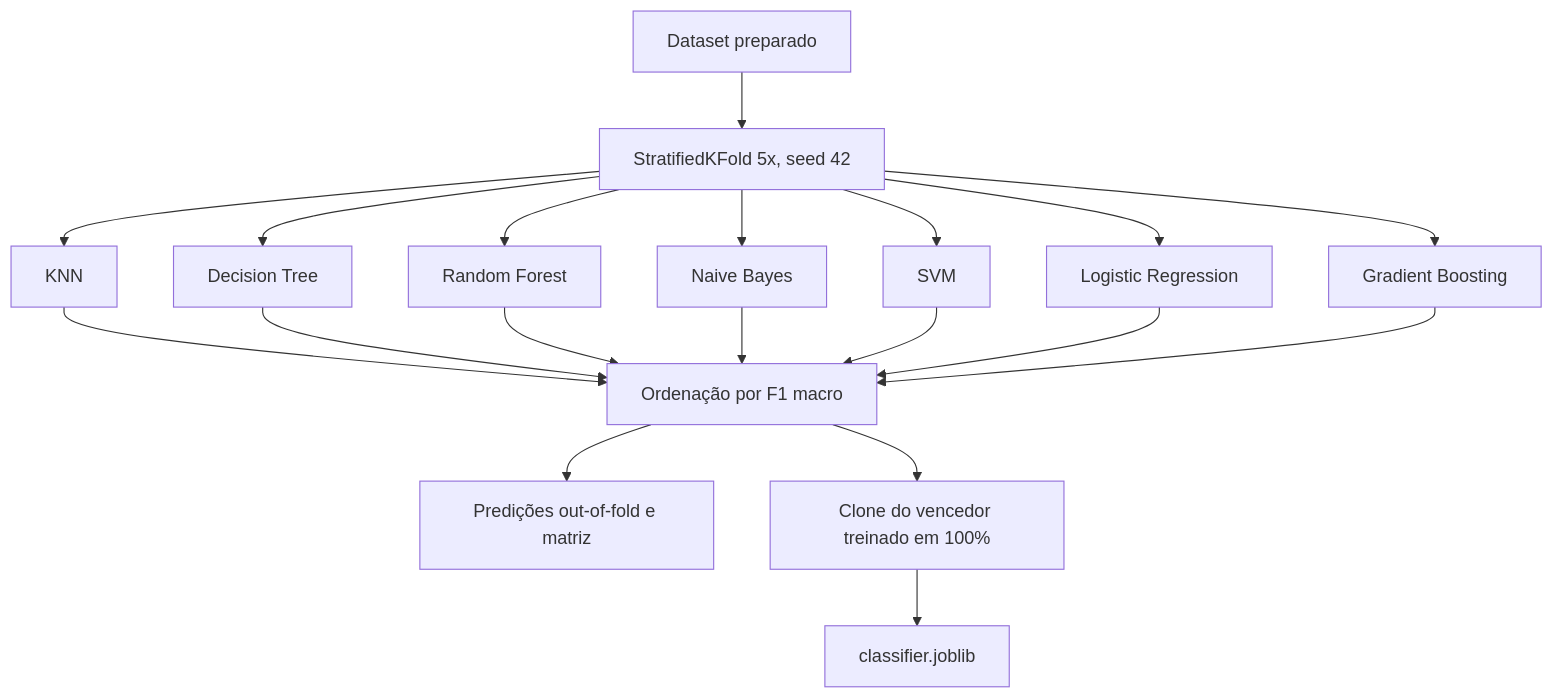
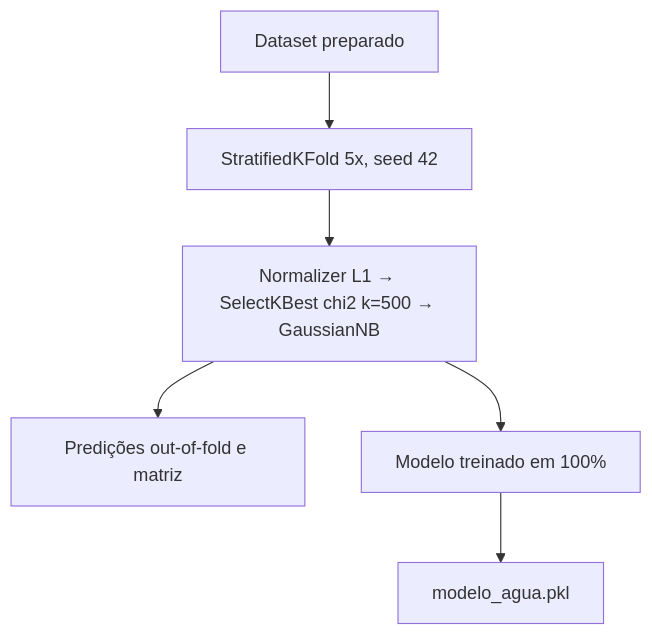
The third of 6 diagrams in docs/ARQUITETURA.md (PedroArlyx/water-clarity-classifier), drawn with Mermaid before and after one commit. The commit also changed other lines of this file and 93 other files, not shown here.

Commit message:
feat: adicao do modelo treinado no nootboke do colab Naive Bayes

````diff
--- a/docs/ARQUITETURA.md
+++ b/docs/ARQUITETURA.md
@@ -37,15 +35,8 @@
 ```mermaid
 flowchart TD
     X[Dataset preparado] --> CV[StratifiedKFold 5x, seed 42]
-    CV --> K[KNN]
-    CV --> DT[Decision Tree]
-    CV --> RF[Random Forest]
-    CV --> NB[Naive Bayes]
-    CV --> SVM[SVM]
-    CV --> LR[Logistic Regression]
-    CV --> GB[Gradient Boosting]
-    K & DT & RF & NB & SVM & LR & GB --> SEL[Ordenação por F1 macro]
-    SEL --> OOF[Predições out-of-fold e matriz]
-    SEL --> FINAL[Clone do vencedor treinado em 100%]
-    FINAL --> ART[classifier.joblib]
+    CV --> P[Normalizer L1 → SelectKBest chi2 k=500 → GaussianNB]
+    P --> OOF[Predições out-of-fold e matriz]
+    P --> FINAL[Modelo treinado em 100%]
+    FINAL --> ART[modelo_agua.pkl]
 ```
````
